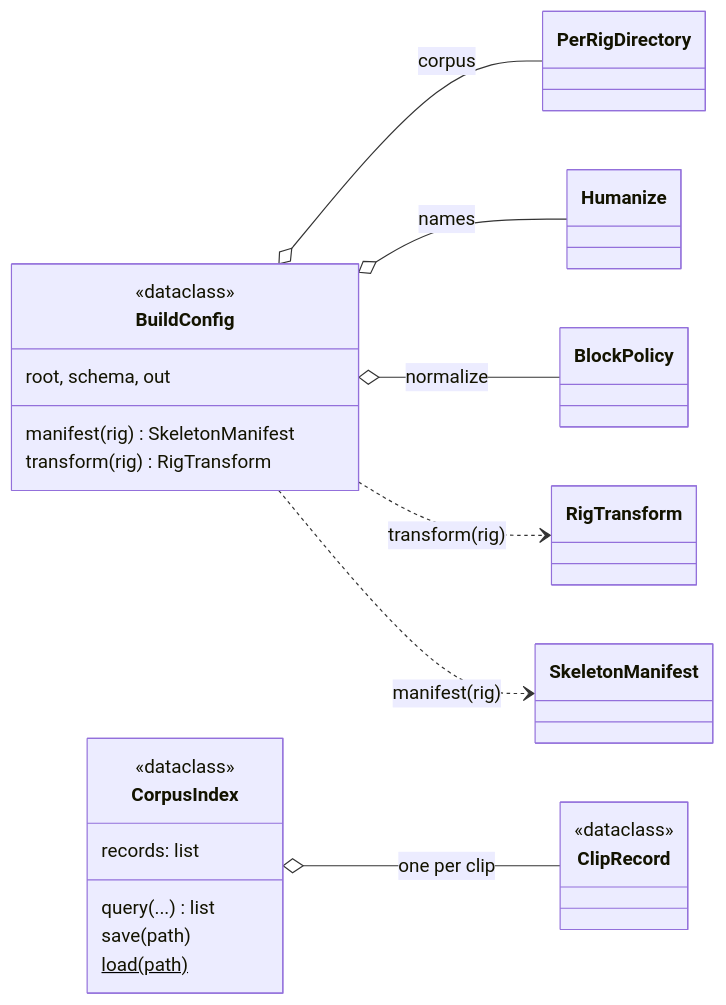
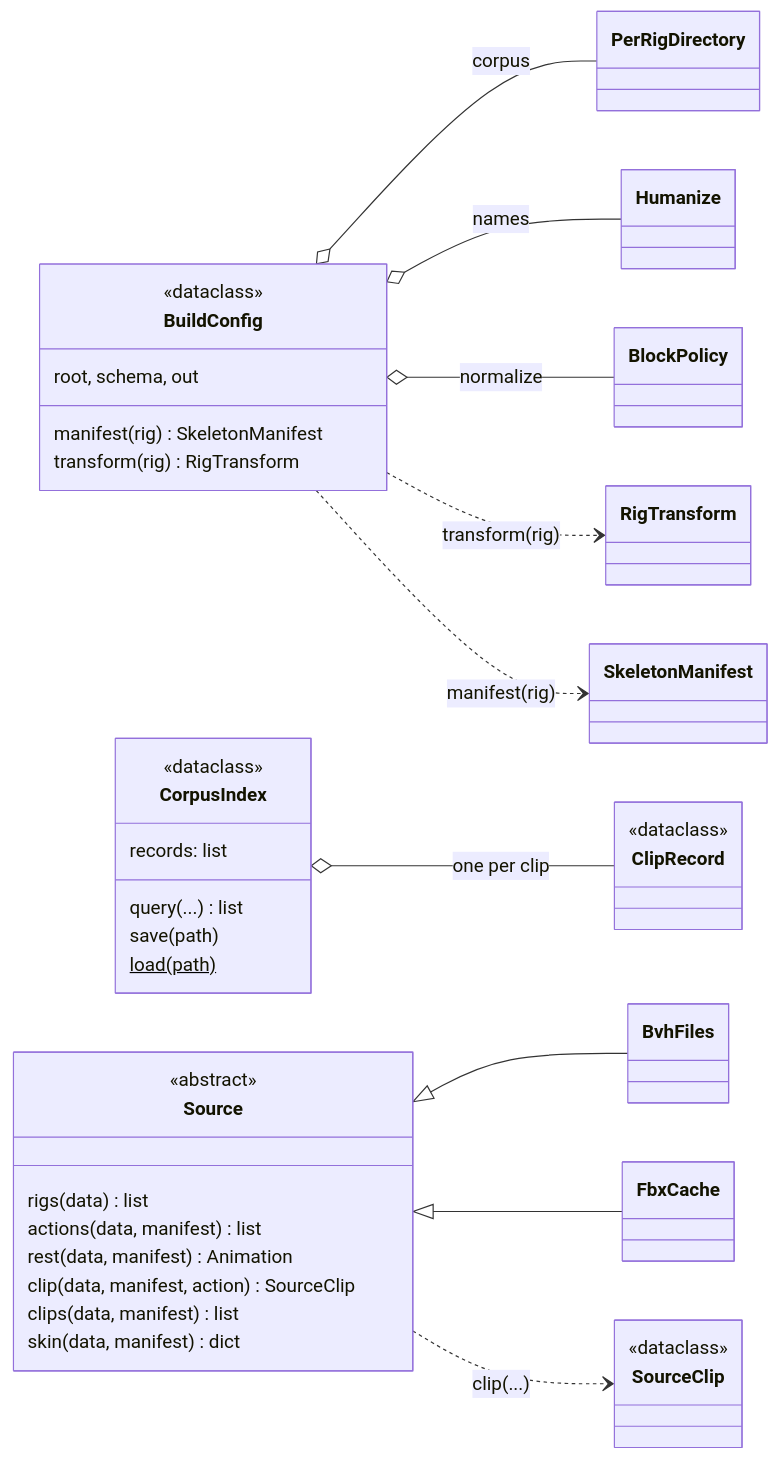
The diagram in docs/api/build/index.md (LuCazzola/PoseYdon), drawn with Mermaid before and after one commit. The commit also changed other lines of this file and 5 other files, not shown here.

First line of the commit message:
feat: dataset sources, BVH files and the UniMate FBX cache

````diff
--- a/docs/api/build/index.md
+++ b/docs/api/build/index.md
@@ -32,27 +43,40 @@
 ```mermaid
 classDiagram
   direction LR
   class BuildConfig {
     <<dataclass>>
     root, schema, out
     manifest(rig) SkeletonManifest
     transform(rig) RigTransform
   }
   class CorpusIndex {
     <<dataclass>>
     records: list
     query(...) list
     save(path)
     load(path)$
   }
   class ClipRecord { <<dataclass>> }
+  class Source {
+    <<abstract>>
+    rigs(data) list
+    actions(data, manifest) list
+    rest(data, manifest) Animation
+    clip(data, manifest, action) SourceClip
+    clips(data, manifest) list
+    skin(data, manifest) dict
+  }
+  class SourceClip { <<dataclass>> }
+  Source <|-- BvhFiles
+  Source <|-- FbxCache
+  Source ..> SourceClip : clip(...)
   BuildConfig o-- PerRigDirectory : corpus
   BuildConfig o-- Humanize : names
   BuildConfig o-- BlockPolicy : normalize
   BuildConfig ..> RigTransform : transform(rig)
   BuildConfig ..> SkeletonManifest : manifest(rig)
   CorpusIndex o-- ClipRecord : one per clip
-  cssClass "CorpusIndex,PerRigDirectory,Humanize" impl
-  cssClass "BuildConfig,ClipRecord" data
+  cssClass "CorpusIndex,PerRigDirectory,Humanize,BvhFiles,FbxCache" impl
+  cssClass "BuildConfig,ClipRecord,SourceClip" data
   cssClass "BlockPolicy,SkeletonManifest,RigTransform" ext
 ```
````
